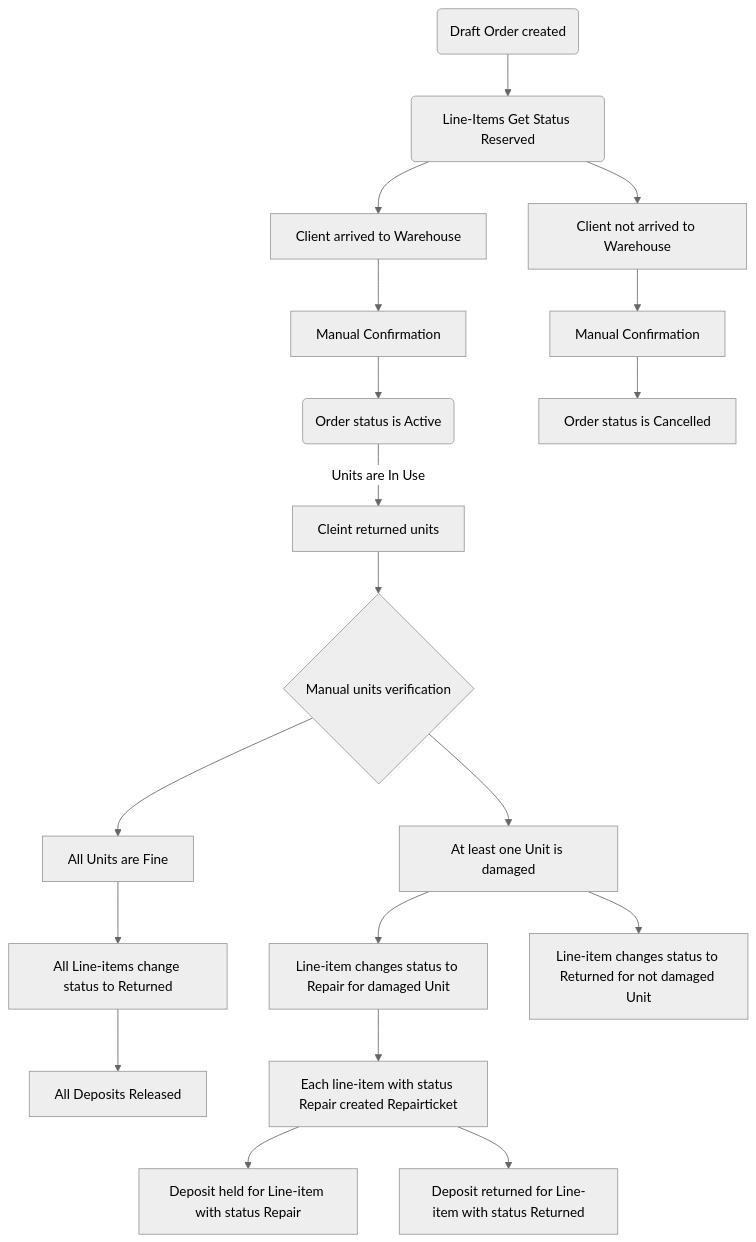
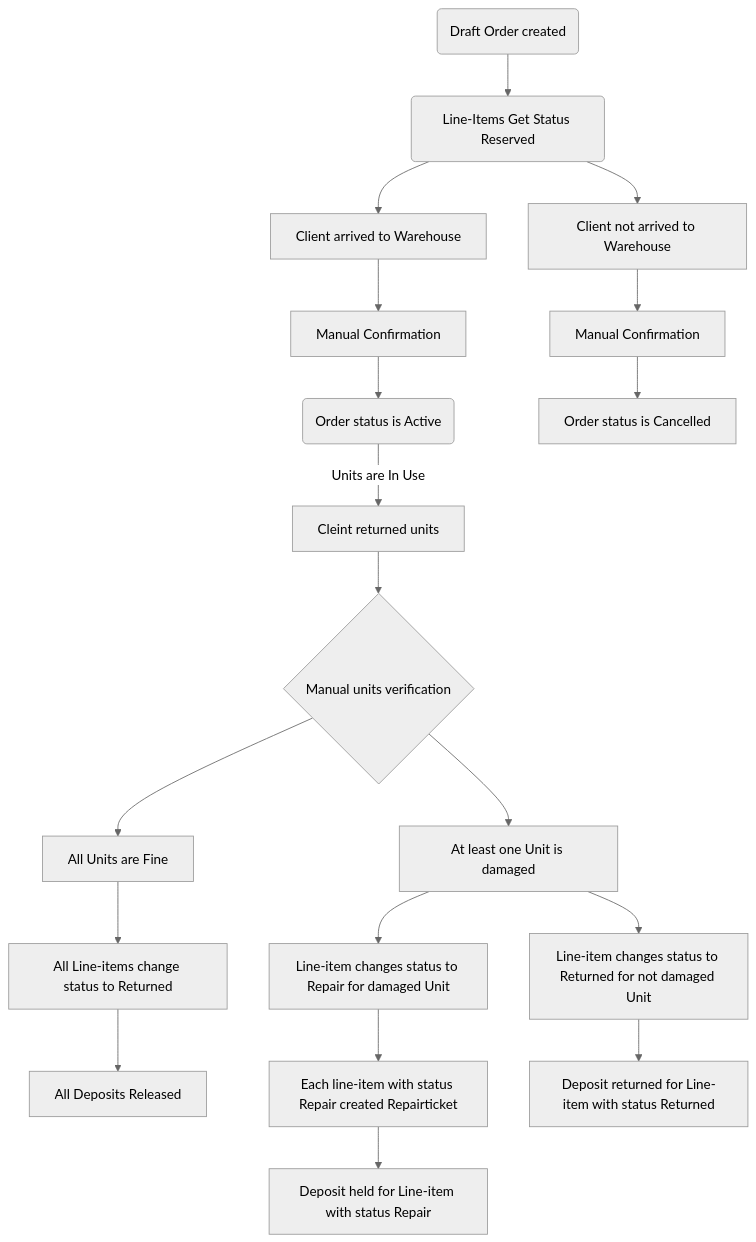
The diagram in Flowchart.md (Diamko94/rentals1), drawn with Mermaid (neutral theme) before and after one commit.

````diff
--- a/Flowchart.md
+++ b/Flowchart.md
@@ -1,29 +1,29 @@
 ```mermaid
 flowchart TD
 
     %% Бронироваие
     A(Draft Order created) --> B(Line-Items Get Status Reserved)
 
     %% Выдача
     B --> G[Client arrived to Warehouse]
     G --> I[Manual Confirmation]
     B --> D[Client not arrived to Warehouse]
     D --> E[Manual Confirmation]
     E --> F[Order status is Cancelled]
     I --> J(Order status is Active)
 
     %% Возврат
     J -->|Units are In Use| K[Cleint returned units]
     K --> L{Manual units verification}
     L --> M[All Units are Fine] 
     M --> N[All Line-items change status to Returned]
     L --> O[At least one Unit is damaged]
     O --> P[Line-item changes status to Repair for damaged Unit]
     P --> R[Each line-item with status Repair created Repairticket]
     O --> T[Line-item changes status to Returned for not damaged Unit]
 
     %% Расчет
     N --> Q[All Deposits Released]
     R --> S[Deposit held for Line-item with status Repair]
-    R --> U[Deposit returned for Line-item with status Returned]
+    T --> U[Deposit returned for Line-item with status Returned]
 ```
````
